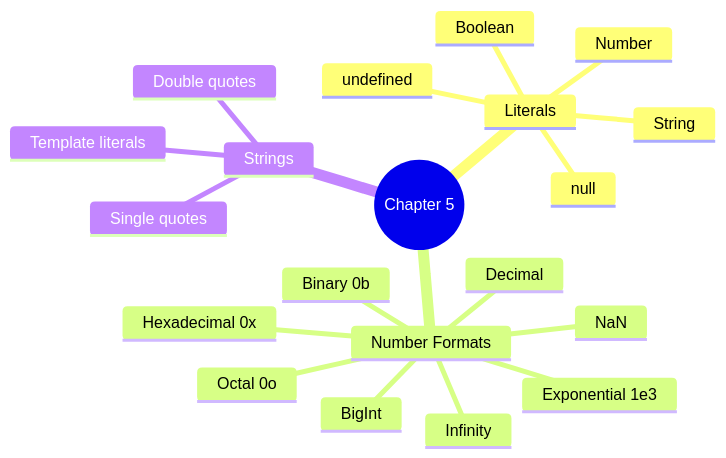
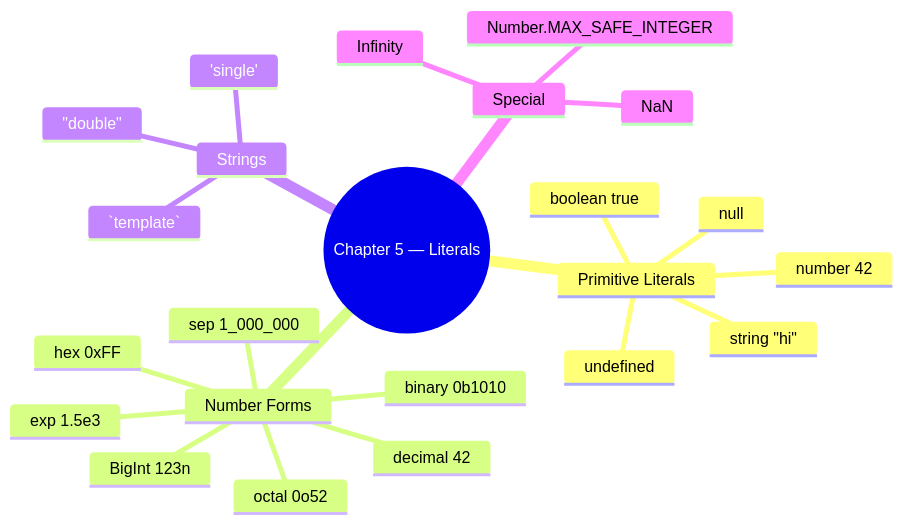
One commit to pashikantibitla/LearnPlayWrightExercises changed the eighth of 31 diagrams in README.md. Above: the diagram before and after it, drawn with Mermaid. The commit also changed other lines of this file and 127 other files, not shown here.

````diff
--- a/README.md
+++ b/README.md
@@ -414,23 +561,26 @@
 ```mermaid
 mindmap
-  root((Chapter 5))
-    Literals
-      String
-      Number
-      Boolean
+  root((Chapter 5 — Literals))
+    Primitive Literals
+      number 42
+      string "hi"
+      boolean true
       null
       undefined
-    Number Formats
-      Decimal
-      Binary 0b
-      Octal 0o
-      Hexadecimal 0x
-      Exponential 1e3
+    Number Forms
+      decimal 42
+      binary 0b1010
+      octal 0o52
+      hex 0xFF
+      exp 1.5e3
+      sep 1_000_000
+      BigInt 123n
+    Strings
+      'single'
+      "double"
+      `template`
+    Special
+      NaN
       Infinity
-      NaN
-      BigInt
-    Strings
-      Single quotes
-      Double quotes
-      Template literals
+      Number.MAX_SAFE_INTEGER
 ```
````
